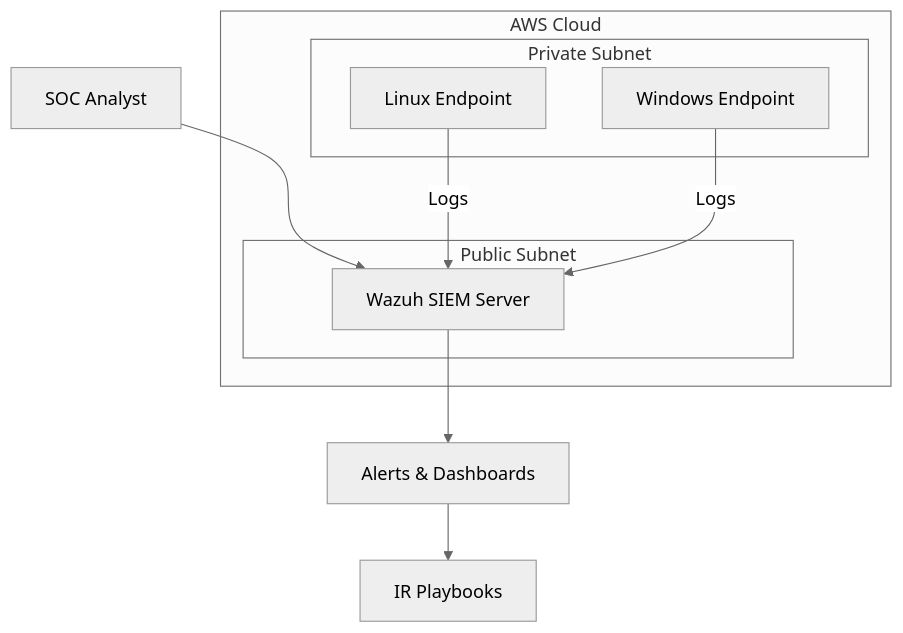
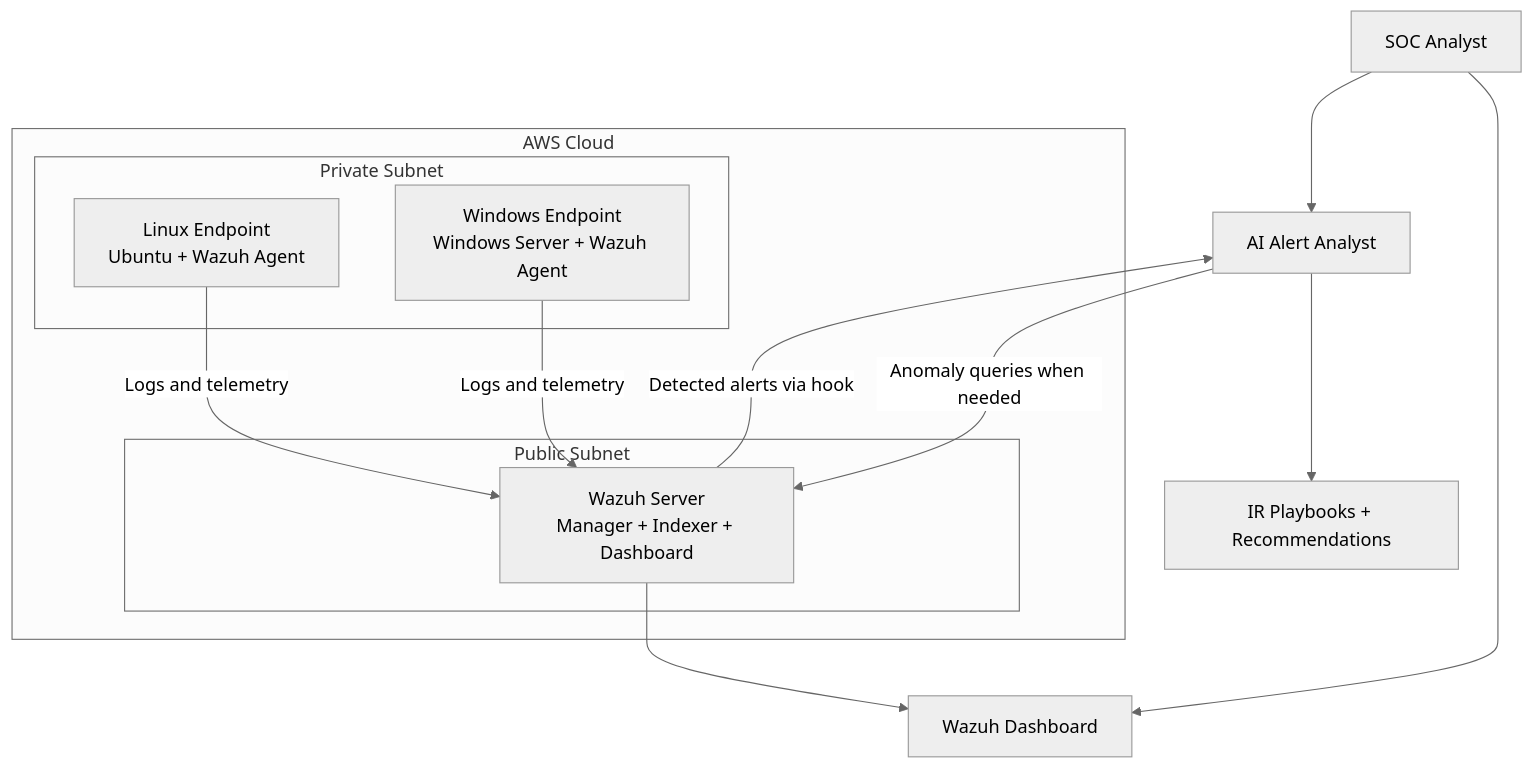
Before and after one commit to trewwwsec/tf-aws-purple-lab: the diagram in README.md, drawn with Mermaid (neutral theme). The commit also changed other lines of this file, not shown here.

````diff
--- a/README.md
+++ b/README.md
@@ -125,18 +48,22 @@
 ```mermaid
 graph TB
-    subgraph "AWS Cloud"
-        subgraph "Public Subnet"
-            WAZUH[Wazuh SIEM Server]
+    Analyst[SOC Analyst] --> Dashboard[Wazuh Dashboard]
+    Analyst --> AI[AI Alert Analyst]
+
+    subgraph AWS[AWS Cloud]
+        subgraph Public[Public Subnet]
+            Wazuh[Wazuh Server\nManager + Indexer + Dashboard]
         end
-        subgraph "Private Subnet"
-            LINUX[Linux Endpoint]
-            WINDOWS[Windows Endpoint]
+        subgraph Private[Private Subnet]
+            Linux[Linux Endpoint\nUbuntu + Wazuh Agent]
+            Windows[Windows Endpoint\nWindows Server + Wazuh Agent]
         end
     end
-    
-    ANALYST[SOC Analyst] --> WAZUH
-    LINUX -->|Logs| WAZUH
-    WINDOWS -->|Logs| WAZUH
-    WAZUH --> ALERTS[Alerts & Dashboards]
-    ALERTS --> PLAYBOOKS[IR Playbooks]
+
+    Linux -->|Logs and telemetry| Wazuh
+    Windows -->|Logs and telemetry| Wazuh
+    Wazuh -->|Detected alerts via hook| AI
+    AI -->|Anomaly queries when needed| Wazuh
+    Wazuh --> Dashboard
+    AI --> Playbooks[IR Playbooks + Recommendations]
 ```
````
